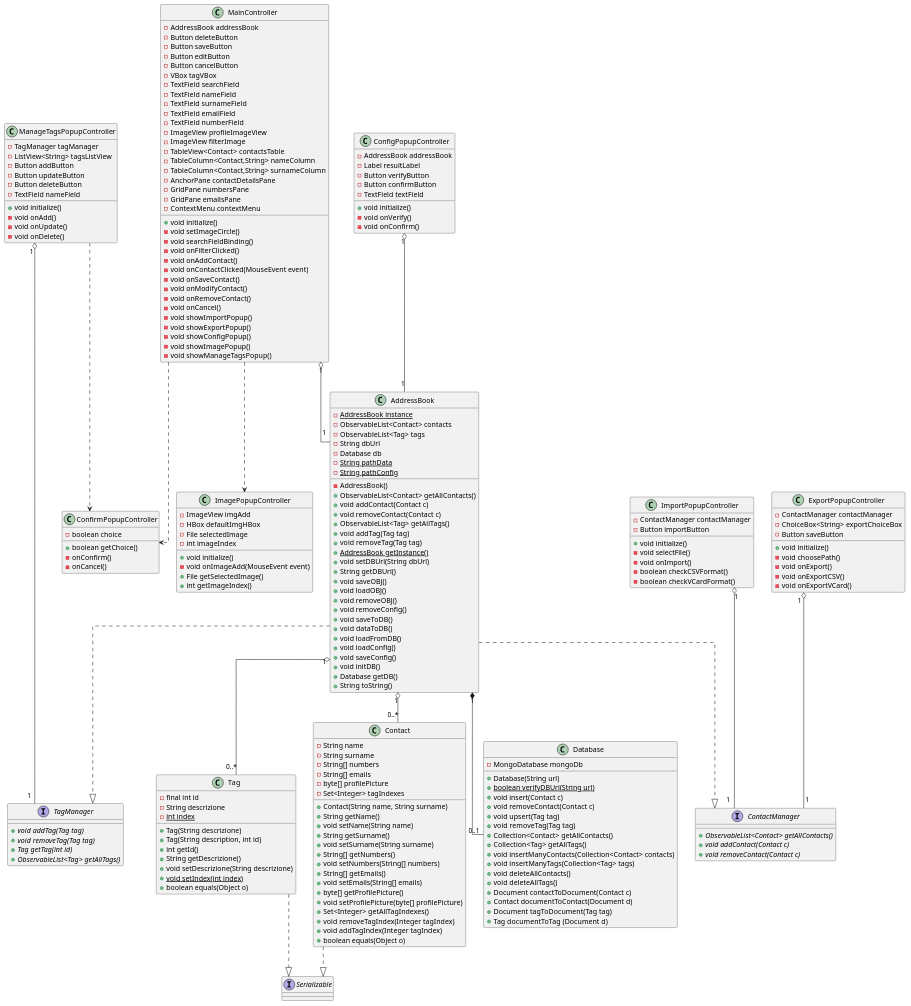
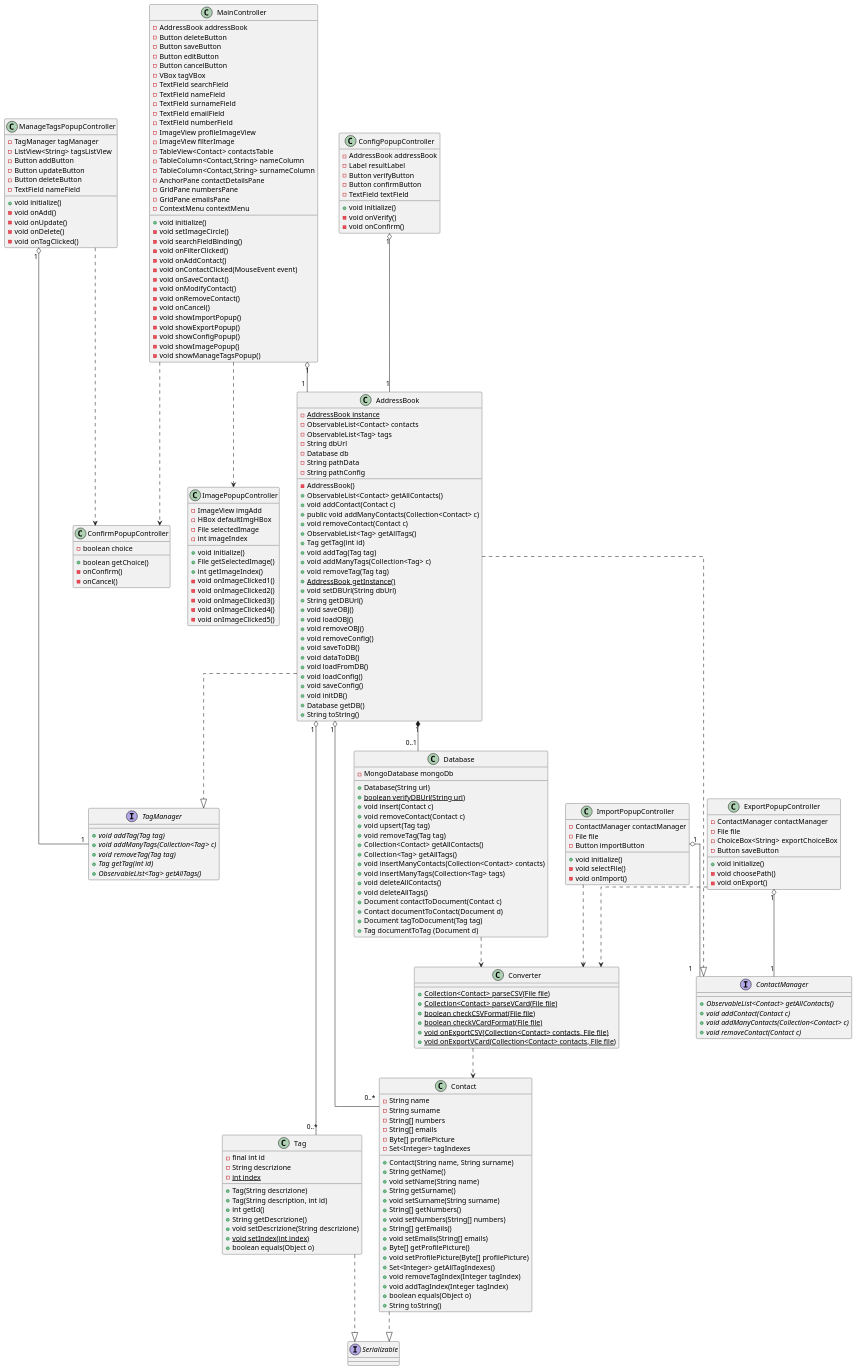
The diagram in documenti/diagrammi di classe/puml/diagrammaClassi.puml (savaava/ProgettoRubrica), drawn with PlantUML before and after one commit. The commit also changed 3 other files, not shown here.

Commit message:
modifiche diagramma di classe

```diff
--- a/documenti/diagrammi di classe/puml/diagrammaClassi.puml
+++ b/documenti/diagrammi di classe/puml/diagrammaClassi.puml
@@ -23,7 +23,7 @@
     - String surname 
     - String[] numbers
     - String[] emails
-    - byte[] profilePicture
+    - Byte[] profilePicture
     - Set<Integer> tagIndexes
 
     + Contact(String name, String surname)
@@ -35,12 +35,13 @@
     + void setNumbers(String[] numbers)
     + String[] getEmails()
     + void setEmails(String[] emails)
-    + byte[] getProfilePicture()
-    + void setProfilePicture(byte[] profilePicture)
+    + Byte[] getProfilePicture()
+    + void setProfilePicture(Byte[] profilePicture)
     + Set<Integer> getAllTagIndexes()
     + void removeTagIndex(Integer tagIndex)
     + void addTagIndex(Integer tagIndex)
     + boolean equals(Object o)    
+    + String toString()
 }
 
 class AddressBook {
@@ -49,15 +50,18 @@
     - ObservableList<Tag> tags
     - String dbUrl
     - Database db
-    - {static} String pathData
-    - {static} String pathConfig
+    - String pathData
+    - String pathConfig
 
     - AddressBook()
     + ObservableList<Contact> getAllContacts()
     + void addContact(Contact c)
+    + public void addManyContacts(Collection<Contact> c)
     + void removeContact(Contact c)
     + ObservableList<Tag> getAllTags()
+    + Tag getTag(int id)
     + void addTag(Tag tag)
+    + void addManyTags(Collection<Tag> c)
     + void removeTag(Tag tag)
     + {static} AddressBook getInstance()
     + void setDBUrl(String dbUrl)
@@ -115,27 +119,34 @@
     - void showManageTagsPopup()
 }
 
+class Converter {
+    + {static} Collection<Contact> parseCSV(File file)
+    + {static} Collection<Contact> parseVCard(File file)
+    + {static} boolean checkCSVFormat(File file)
+    + {static} boolean checkVCardFormat(File file)
+    + {static} void onExportCSV(Collection<Contact> contacts, File file)
+    + {static} void onExportVCard(Collection<Contact> contacts, File file)
+}
+
 class ImportPopupController {
     - ContactManager contactManager
+    - File file
     - Button importButton
 
     + void initialize()
     - void selectFile()
     - void onImport()
-    - boolean checkCSVFormat()
-    - boolean checkVCardFormat()
 }
 
 class ExportPopupController {
     - ContactManager contactManager
+    - File file
     - ChoiceBox<String> exportChoiceBox
     - Button saveButton
 
     + void initialize()
     - void choosePath()
     - void onExport()
-    - void onExportCSV()
-    - void onExportVCard()
 }
 
 class ManageTagsPopupController {
@@ -150,6 +161,7 @@
     - void onAdd()
     - void onUpdate()
     - void onDelete()
+    - void onTagClicked()
 }
 
 class ImagePopupController {
@@ -159,9 +171,13 @@
     - int imageIndex
 
     + void initialize()
-    - void onImageAdd(MouseEvent event)
     + File getSelectedImage()
     + int getImageIndex()
+    - void onImageClicked1()
+    - void onImageClicked2()
+    - void onImageClicked3()
+    - void onImageClicked4()
+    - void onImageClicked5()
 }
 
 class ConfirmPopupController {
@@ -208,17 +224,19 @@
 '****************** INTERFACCE ******************
 interface Serializable
 
+interface ContactManager {
+    +{abstract} ObservableList<Contact> getAllContacts()
+    +{abstract} void addContact(Contact c)
+    +{abstract} void addManyContacts(Collection<Contact> c)
+    +{abstract} void removeContact(Contact c)
+}
+
 interface TagManager {
     +{abstract} void addTag(Tag tag)
+    +{abstract} void addManyTags(Collection<Tag> c)
     +{abstract} void removeTag(Tag tag)
     +{abstract} Tag getTag(int id)
     +{abstract} ObservableList<Tag> getAllTags()
-}
-
-interface ContactManager {
-    +{abstract} ObservableList<Contact> getAllContacts()
-    +{abstract} void addContact(Contact c)
-    +{abstract} void removeContact(Contact c)
 }
 
 
@@ -237,13 +255,19 @@
 MainController ..> ImagePopupController
 MainController ..> ConfirmPopupController
 
+Converter ..> Contact
+
 ImportPopupController "1" o-- "1" ContactManager
+ImportPopupController ..> Converter
 
 ExportPopupController "1" o-- "1" ContactManager
+ExportPopupController ..> Converter
 
 ManageTagsPopupController ..> ConfirmPopupController
 ManageTagsPopupController "1" o-- "1" TagManager
 
 ConfigPopupController "1" o-- "1" AddressBook
 
+Database ..> Converter
+
 @enduml
```
